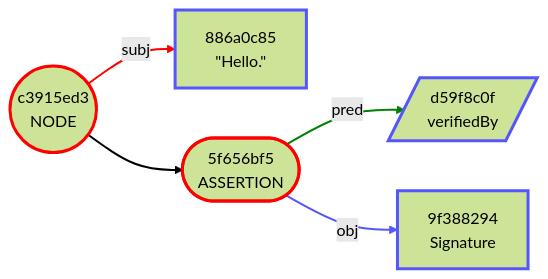
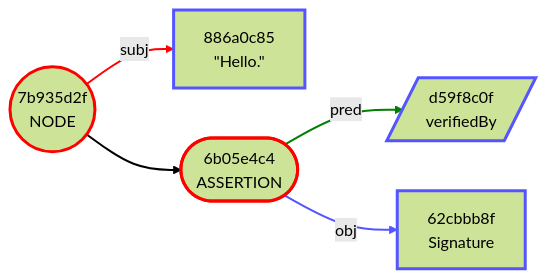
The third of 24 diagrams in Docs/04-OUTPUT-FORMATS.md (BlockchainCommons/BCSwiftSecureComponents), drawn with Mermaid (forest theme) before and after one commit. The commit also changed other lines of this file and 6 other files, not shown here.

````diff
--- a/Docs/04-OUTPUT-FORMATS.md
+++ b/Docs/04-OUTPUT-FORMATS.md
@@ -69,21 +113,21 @@
 ```mermaid
 graph LR
-    1(("c3915ed3<br/>NODE"))
+    1(("7b935d2f<br/>NODE"))
     2["886a0c85<br/>#quot;Hello.#quot;"]
-    3(["5f656bf5<br/>ASSERTION"])
+    3(["6b05e4c4<br/>ASSERTION"])
     4[/"d59f8c0f<br/>verifiedBy"/]
-    5["9f388294<br/>Signature"]
+    5["62cbbb8f<br/>Signature"]
     1 -->|subj| 2
     1 --> 3
     3 -->|pred| 4
     3 -->|obj| 5
     style 1 stroke:red,stroke-width:3.0px
     style 2 stroke:#55f,stroke-width:3.0px
     style 3 stroke:red,stroke-width:3.0px
     style 4 stroke:#55f,stroke-width:3.0px
     style 5 stroke:#55f,stroke-width:3.0px
     linkStyle 0 stroke:red,stroke-width:2.0px
     linkStyle 1 stroke-width:2.0px
     linkStyle 2 stroke:green,stroke-width:2.0px
     linkStyle 3 stroke:#55f,stroke-width:2.0px
 ```
````
